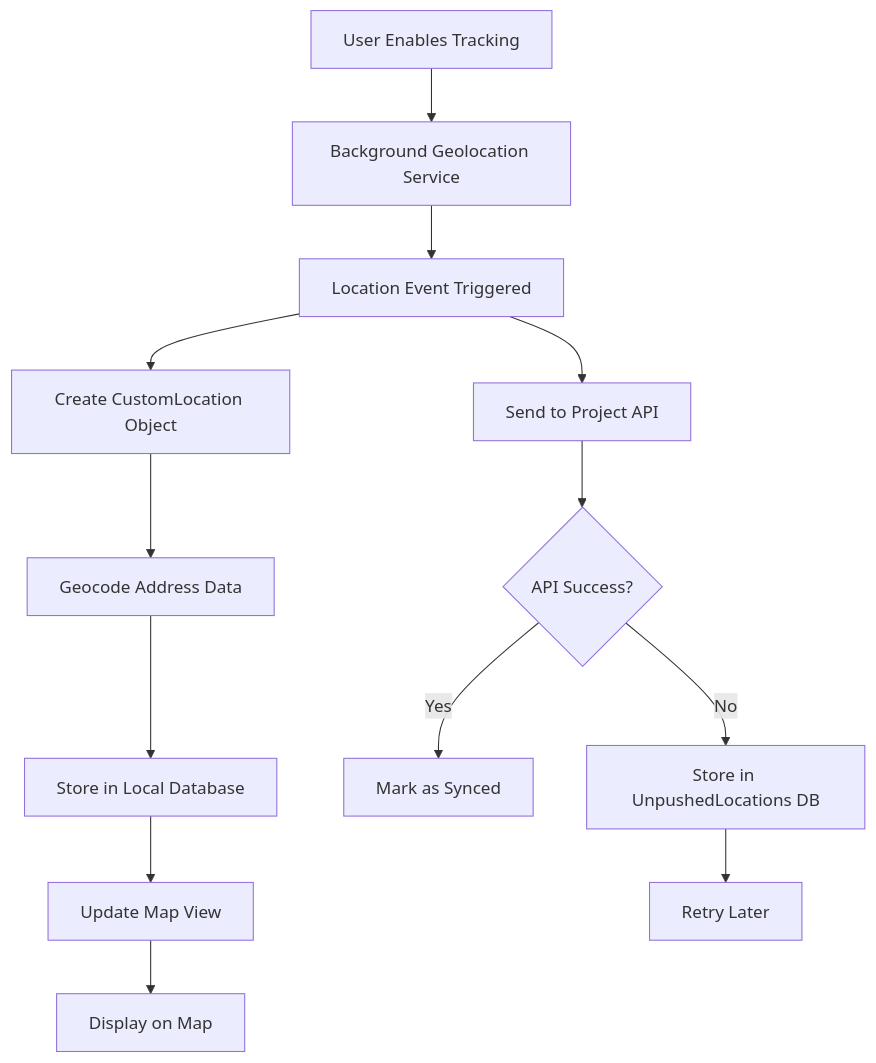
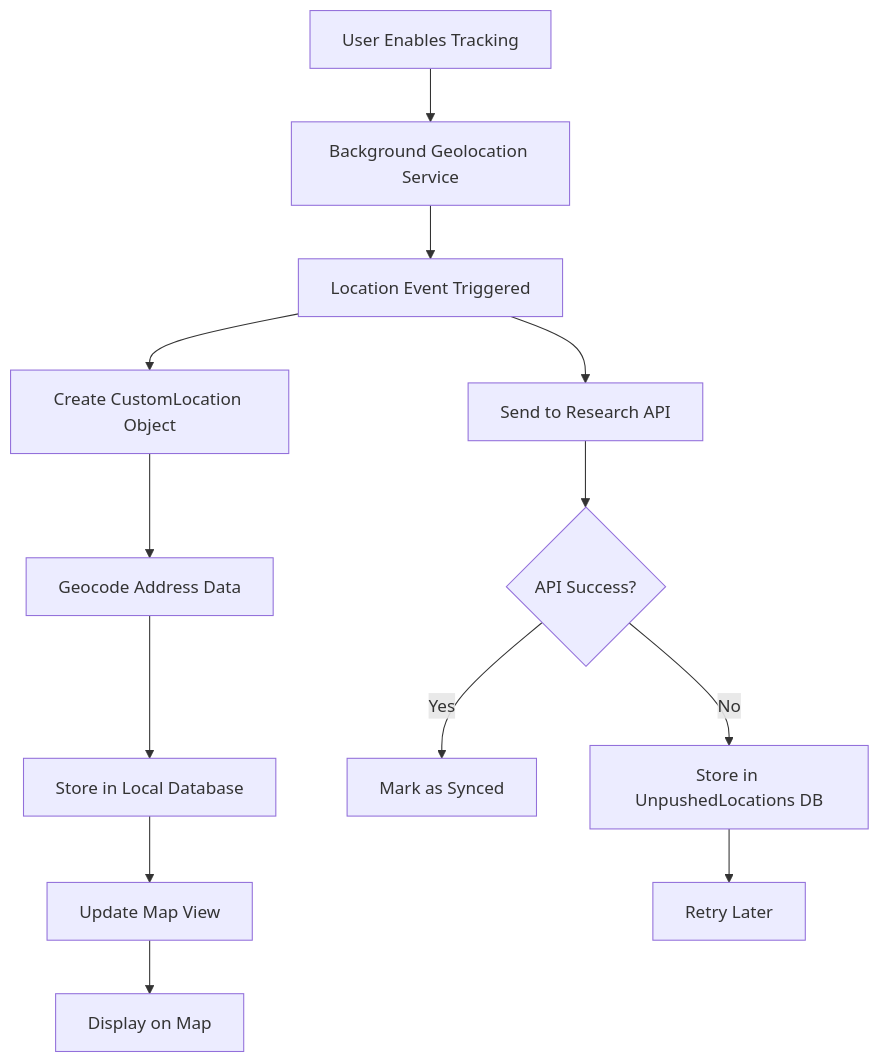
Before and after one commit to ActivitySpaceLab/gauteng-wellbeing-mapper-app: the first of 4 diagrams in docs/DEVELOPER_GUIDE.md, drawn with Mermaid. The commit also changed other lines of this file and 5 other files, not shown here.

````diff
--- a/docs/DEVELOPER_GUIDE.md
+++ b/docs/DEVELOPER_GUIDE.md
@@ -341,16 +346,16 @@
 ```mermaid
 graph TD
     A[User Enables Tracking] --> B[Background Geolocation Service]
     B --> C[Location Event Triggered]
     C --> D[Create CustomLocation Object]
     D --> E[Geocode Address Data]
     E --> F[Store in Local Database]
     F --> G[Update Map View]
     G --> H[Display on Map]
     
-    C --> I[Send to Project API]
+    C --> I[Send to Research API]
     I --> J{API Success?}
     J -->|Yes| K[Mark as Synced]
     J -->|No| L[Store in UnpushedLocations DB]
     L --> M[Retry Later]
 ```
````
